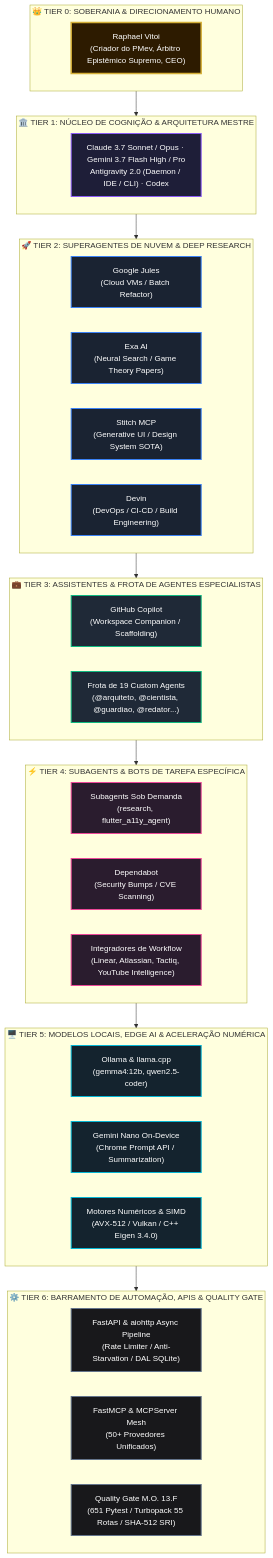
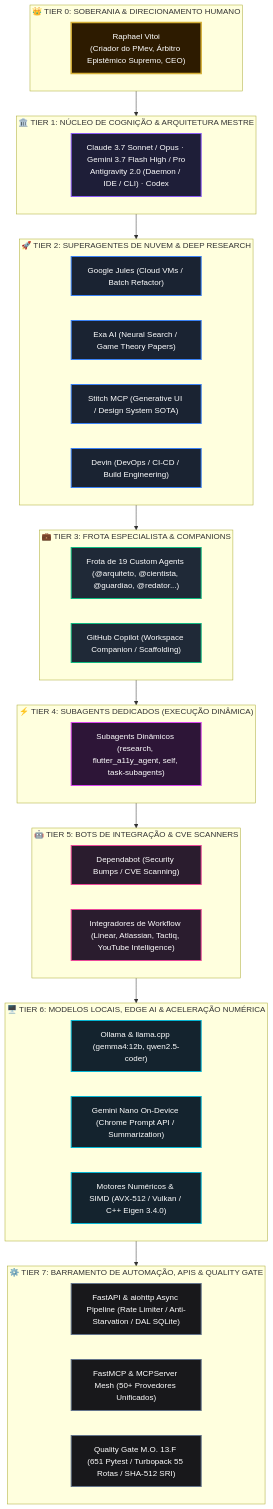
One commit to RaphaelVitoi/Site changed the first of 2 diagrams in docs/GOVERNANCA_PIRAMIDAL_SOTA.md. Above: the diagram before and after it, drawn with Mermaid. The commit also changed other lines of this file and 5 other files, not shown here.

Commit message:
docs(governance): formalizar Tier 4 para Subagents e invariante M.O. 13.G

````diff
--- a/docs/GOVERNANCA_PIRAMIDAL_SOTA.md
+++ b/docs/GOVERNANCA_PIRAMIDAL_SOTA.md
@@ -11,63 +11,69 @@
 ```mermaid
 flowchart TB
     subgraph T0["👑 TIER 0: SOBERANIA & DIRECIONAMENTO HUMANO"]
         VITOI["Raphael Vitoi\n(Criador do PMev, Árbitro Epistêmico Supremo, CEO)"]
     end
 
     subgraph T1["🏛️ TIER 1: NÚCLEO DE COGNIÇÃO & ARQUITETURA MESTRE"]
         CORE_LLM["Claude 3.7 Sonnet / Opus · Gemini 3.7 Flash High / Pro\nAntigravity 2.0 (Daemon / IDE / CLI) · Codex"]
     end
 
     subgraph T2["🚀 TIER 2: SUPERAGENTES DE NUVEM & DEEP RESEARCH"]
-        JULES["Google Jules\n(Cloud VMs / Batch Refactor)"]
-        EXA["Exa AI\n(Neural Search / Game Theory Papers)"]
-        STITCH["Stitch MCP\n(Generative UI / Design System SOTA)"]
-        DEVIN["Devin\n(DevOps / CI-CD / Build Engineering)"]
+        JULES["Google Jules (Cloud VMs / Batch Refactor)"]
+        EXA["Exa AI (Neural Search / Game Theory Papers)"]
+        STITCH["Stitch MCP (Generative UI / Design System SOTA)"]
+        DEVIN["Devin (DevOps / CI-CD / Build Engineering)"]
     end
 
-    subgraph T3["💼 TIER 3: ASSISTENTES & FROTA DE AGENTES ESPECIALISTAS"]
-        COPILOT["GitHub Copilot\n(Workspace Companion / Scaffolding)"]
-        FLEET["Frota de 19 Custom Agents\n(@arquiteto, @cientista, @guardiao, @redator...)"]
+    subgraph T3["💼 TIER 3: FROTA ESPECIALISTA & COMPANIONS"]
+        FLEET["Frota de 19 Custom Agents (@arquiteto, @cientista, @guardiao, @redator...)"]
+        COPILOT["GitHub Copilot (Workspace Companion / Scaffolding)"]
     end
 
-    subgraph T4["⚡ TIER 4: SUBAGENTS & BOTS DE TAREFA ESPECÍFICA"]
-        SUBAGENTS["Subagents Sob Demanda\n(research, flutter_a11y_agent)"]
-        DEPENDABOT["Dependabot\n(Security Bumps / CVE Scanning)"]
-        INTEGRATORS["Integradores de Workflow\n(Linear, Atlassian, Tactiq, YouTube Intelligence)"]
+    subgraph T4["⚡ TIER 4: SUBAGENTS DEDICADOS (EXECUÇÃO DINÂMICA)"]
+        SUBAGENTS["Subagents Dinâmicos (research, flutter_a11y_agent, self, task-subagents)"]
     end
 
-    subgraph T5["🖥️ TIER 5: MODELOS LOCAIS, EDGE AI & ACELERAÇÃO NUMÉRICA"]
-        LOCAL_LLM["Ollama & llama.cpp\n(gemma4:12b, qwen2.5-coder)"]
-        NANO["Gemini Nano On-Device\n(Chrome Prompt API / Summarization)"]
-        NUMERIC["Motores Numéricos & SIMD\n(AVX-512 / Vulkan / C++ Eigen 3.4.0)"]
+    subgraph T5["🤖 TIER 5: BOTS DE INTEGRAÇÃO & CVE SCANNERS"]
+        DEPENDABOT["Dependabot (Security Bumps / CVE Scanning)"]
+        INTEGRATORS["Integradores de Workflow (Linear, Atlassian, Tactiq, YouTube Intelligence)"]
     end
 
-    subgraph T6["⚙️ TIER 6: BARRAMENTO DE AUTOMAÇÃO, APIS & QUALITY GATE"]
-        APIS["FastAPI & aiohttp Async Pipeline\n(Rate Limiter / Anti-Starvation / DAL SQLite)"]
-        MCP["FastMCP & MCPServer Mesh\n(50+ Provedores Unificados)"]
-        GATE["Quality Gate M.O. 13.F\n(651 Pytest / Turbopack 55 Rotas / SHA-512 SRI)"]
+    subgraph T6["🖥️ TIER 6: MODELOS LOCAIS, EDGE AI & ACELERAÇÃO NUMÉRICA"]
+        LOCAL_LLM["Ollama & llama.cpp (gemma4:12b, qwen2.5-coder)"]
+        NANO["Gemini Nano On-Device (Chrome Prompt API / Summarization)"]
+        NUMERIC["Motores Numéricos & SIMD (AVX-512 / Vulkan / C++ Eigen 3.4.0)"]
+    end
+
+    subgraph T7["⚙️ TIER 7: BARRAMENTO DE AUTOMAÇÃO, APIS & QUALITY GATE"]
+        APIS["FastAPI & aiohttp Async Pipeline (Rate Limiter / Anti-Starvation / DAL SQLite)"]
+        MCP["FastMCP & MCPServer Mesh (50+ Provedores Unificados)"]
+        GATE["Quality Gate M.O. 13.F (651 Pytest / Turbopack 55 Rotas / SHA-512 SRI)"]
     end
 
     T0 --> T1
     T1 --> T2
     T2 --> T3
     T3 --> T4
     T4 --> T5
     T5 --> T6
+    T6 --> T7
 
     classDef t0 fill:#2d1b00,stroke:#d4af37,stroke-width:3px,color:#fff;
     classDef t1 fill:#1e1e38,stroke:#8b5cf6,stroke-width:2px,color:#fff;
     classDef t2 fill:#1a2332,stroke:#3b82f6,stroke-width:2px,color:#fff;
     classDef t3 fill:#1f2937,stroke:#10b981,stroke-width:2px,color:#fff;
-    classDef t4 fill:#2a1c2e,stroke:#ec4899,stroke-width:2px,color:#fff;
-    classDef t5 fill:#14232e,stroke:#06b6d4,stroke-width:2px,color:#fff;
-    classDef t6 fill:#18181b,stroke:#64748b,stroke-width:2px,color:#fff;
+    classDef t4 fill:#2d1537,stroke:#d946ef,stroke-width:2px,color:#fff;
+    classDef t5 fill:#2a1c2e,stroke:#ec4899,stroke-width:2px,color:#fff;
+    classDef t6 fill:#14232e,stroke:#06b6d4,stroke-width:2px,color:#fff;
+    classDef t7 fill:#18181b,stroke:#64748b,stroke-width:2px,color:#fff;
 
     class VITOI t0;
     class CORE_LLM t1;
     class JULES,EXA,STITCH,DEVIN t2;
-    class COPILOT,FLEET t3;
-    class SUBAGENTS,DEPENDABOT,INTEGRATORS t4;
-    class LOCAL_LLM,NANO,NUMERIC t5;
-    class APIS,MCP,GATE t6;
+    class FLEET,COPILOT t3;
+    class SUBAGENTS t4;
+    class DEPENDABOT,INTEGRATORS t5;
+    class LOCAL_LLM,NANO,NUMERIC t6;
+    class APIS,MCP,GATE t7;
 ```
````
